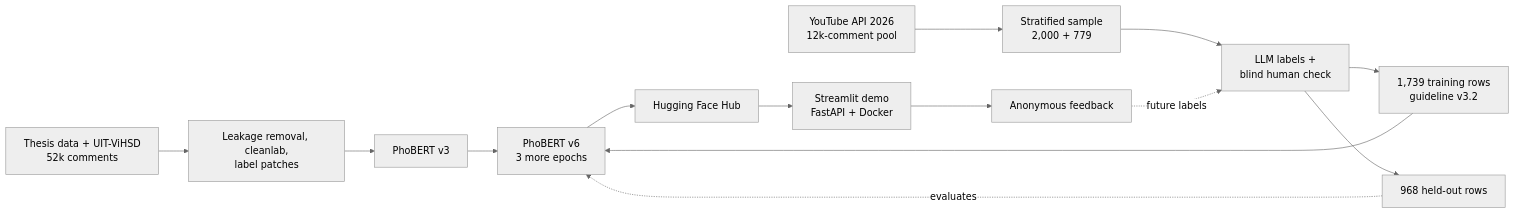
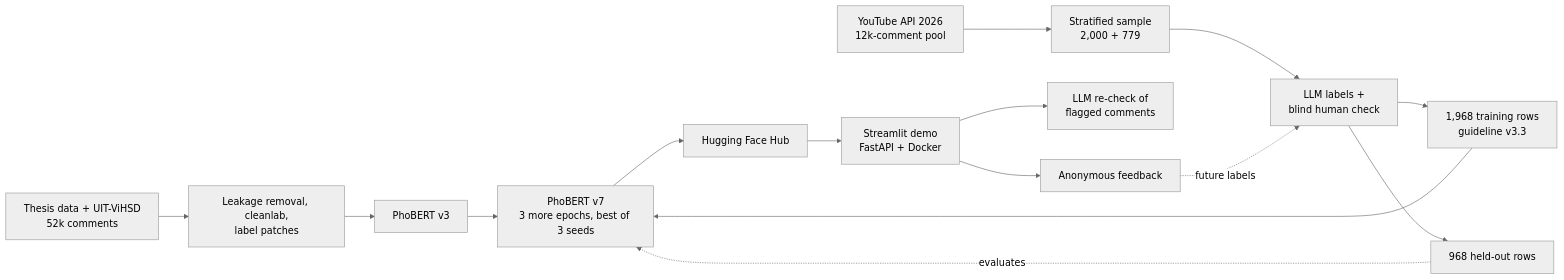
One commit to Harukaru1/vietnamese-toxic-comment-moderation changed the diagram in README.md. Above: the diagram before and after it, drawn with Mermaid (neutral theme). The commit also changed other lines of this file and 3 other files, not shown here.

First line of the commit message:
README: v7, guideline v3.3 and the measured LLM second stage (Gemini Flash-Lite)

````diff
--- a/README.md
+++ b/README.md
@@ -83,10 +101,11 @@
 ```mermaid
 flowchart LR
     A[Thesis data + UIT-ViHSD<br/>52k comments] --> B[Leakage removal, cleanlab,<br/>label patches] --> M3[PhoBERT v3]
     Y[YouTube API 2026<br/>12k-comment pool] --> S[Stratified sample<br/>2,000 + 779] --> L[LLM labels +<br/>blind human check]
-    L --> TR[1,739 training rows<br/>guideline v3.2] --> M6[PhoBERT v6<br/>3 more epochs]
+    L --> TR[1,968 training rows<br/>guideline v3.3] --> M6[PhoBERT v7<br/>3 more epochs, best of 3 seeds]
     M3 --> M6
     L --> TE[968 held-out rows] -.evaluates.-> M6
     M6 --> H[Hugging Face Hub] --> APP[Streamlit demo<br/>FastAPI + Docker]
+    APP --> G[LLM re-check of<br/>flagged comments]
     APP --> F[Anonymous feedback] -.future labels.-> L
 ```
````
